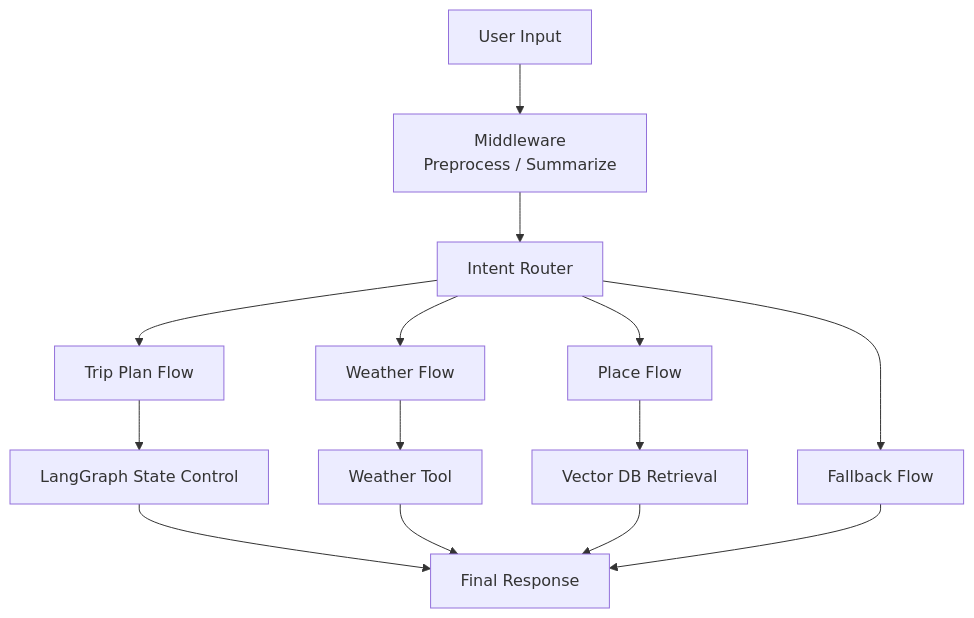
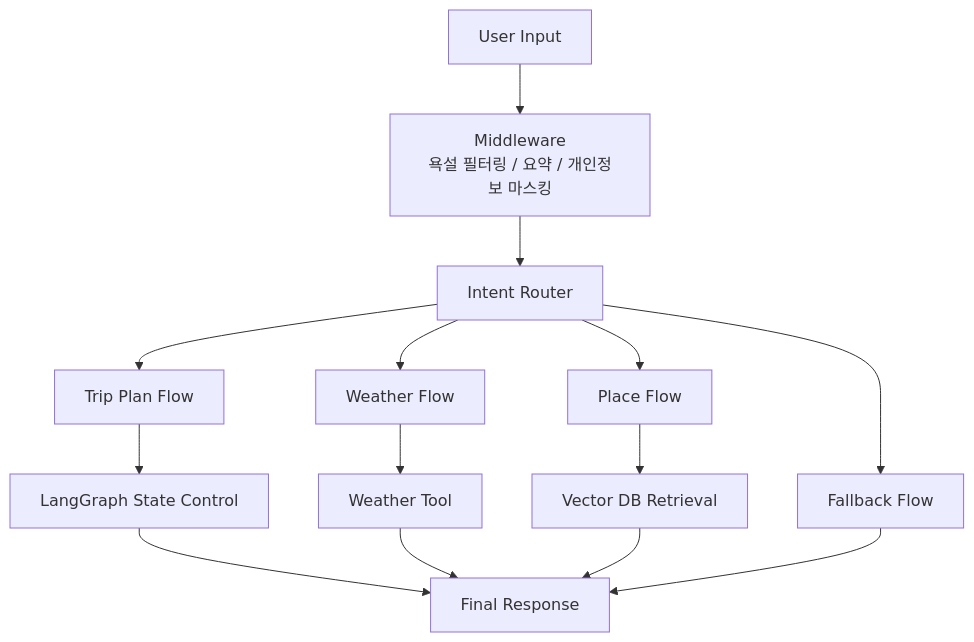
One commit to JiyounKim-EllyKim/p3-TRIP_DOT_ZIP changed the first of 3 diagrams in README.md. Above: the diagram before and after it, drawn with Mermaid. The commit also changed other lines of this file, not shown here.

Commit message:
Feat: README middleware 내용 추가 및 동료회고 추가

````diff
--- a/README.md
+++ b/README.md
@@ -142,21 +142,21 @@
 ```mermaid
 flowchart TD
 
-A[User Input] --> B[Middleware<br/>Preprocess / Summarize]
+A[User Input] --> B[Middleware<br/>욕설 필터링 / 요약 / 개인정보 마스킹]
 
 B --> C[Intent Router]
 
 C --> D1[Trip Plan Flow]
 C --> D2[Weather Flow]
 C --> D3[Place Flow]
 C --> D4[Fallback Flow]
 
 D1 --> E1[LangGraph State Control]
 D2 --> E2[Weather Tool]
 D3 --> E3[Vector DB Retrieval]
 
 E1 --> F[Final Response]
 E2 --> F
 E3 --> F
 D4 --> F
 ```
````
